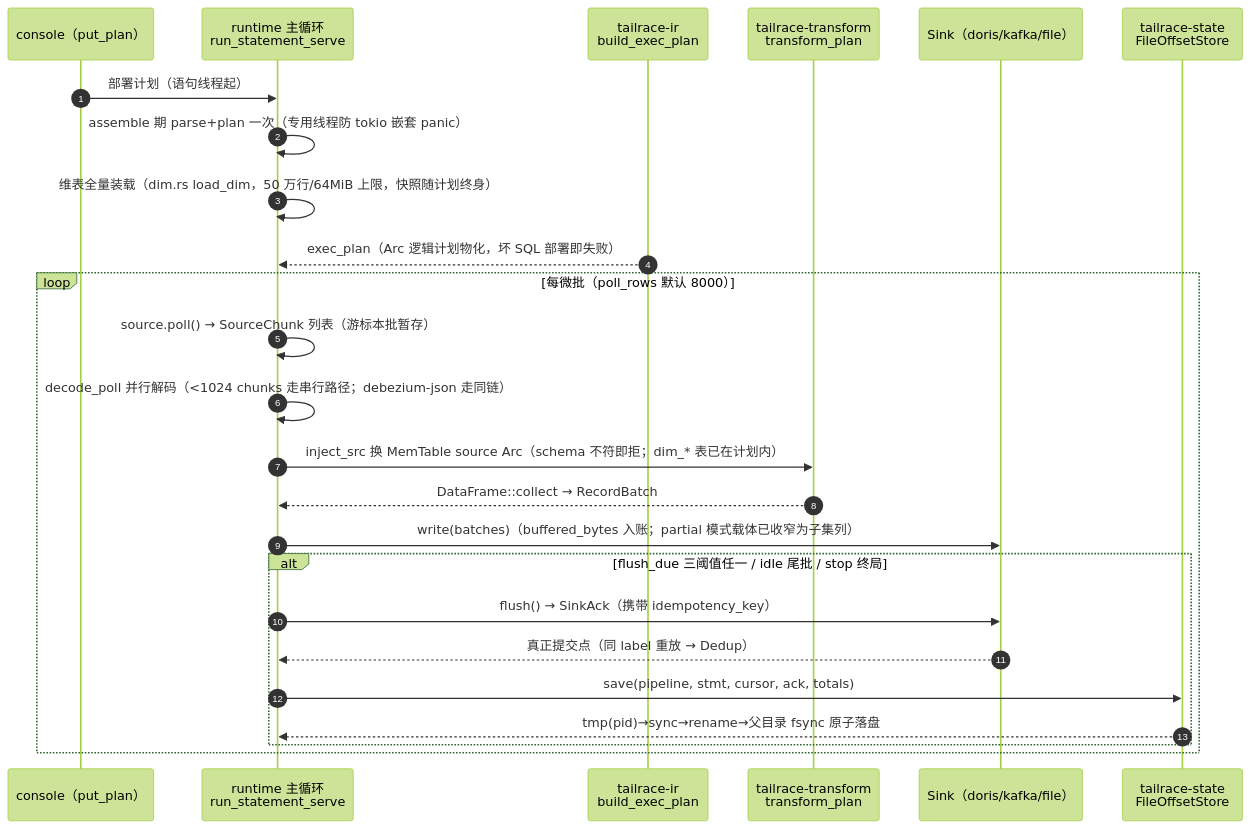
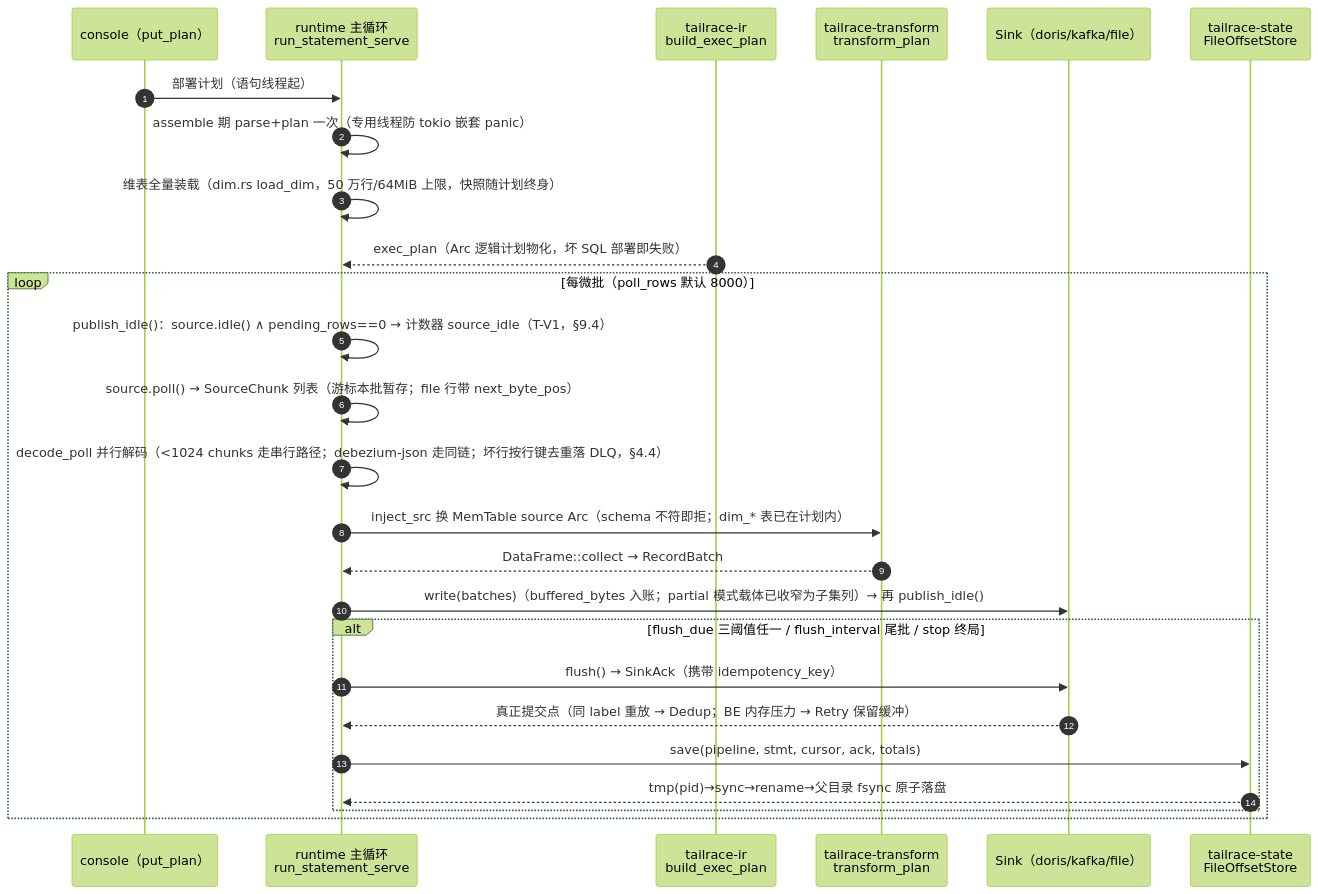
One commit to SeekerGalahad/tailrace changed the second of 7 diagrams in docs/design/architecture.zh.md. Above: the diagram before and after it, drawn with Mermaid (forest theme). The commit also changed other lines of this file and 12 other files, not shown here.

````diff
--- a/docs/design/architecture.zh.md
+++ b/docs/design/architecture.zh.md
@@ -140,27 +151,28 @@
 ```mermaid
 sequenceDiagram
   autonumber
   participant CP as console（put_plan）
   participant RT as runtime 主循环<br/>run_statement_serve
   participant IR as tailrace-ir<br/>build_exec_plan
   participant TF as tailrace-transform<br/>transform_plan
   participant SK as Sink（doris/kafka/file）
   participant ST as tailrace-state<br/>FileOffsetStore
   CP->>RT: 部署计划（语句线程起）
   RT->>RT: assemble 期 parse+plan 一次（专用线程防 tokio 嵌套 panic）
   RT->>RT: 维表全量装载（dim.rs load_dim，50 万行/64MiB 上限，快照随计划终身）
   IR-->>RT: exec_plan（Arc 逻辑计划物化，坏 SQL 部署即失败）
   loop 每微批（poll_rows 默认 8000）
-    RT->>RT: source.poll() → SourceChunk 列表（游标本批暂存）
-    RT->>RT: decode_poll 并行解码（<1024 chunks 走串行路径；debezium-json 走同链）
+    RT->>RT: publish_idle()：source.idle() ∧ pending_rows==0 → 计数器 source_idle（T-V1，§9.4）
+    RT->>RT: source.poll() → SourceChunk 列表（游标本批暂存；file 行带 next_byte_pos）
+    RT->>RT: decode_poll 并行解码（<1024 chunks 走串行路径；debezium-json 走同链；坏行按行键去重落 DLQ，§4.4）
     RT->>TF: inject_src 换 MemTable source Arc（schema 不符即拒；dim_* 表已在计划内）
     TF-->>RT: DataFrame::collect → RecordBatch
-    RT->>SK: write(batches)（buffered_bytes 入账；partial 模式载体已收窄为子集列）
-    alt flush_due 三阈值任一 / idle 尾批 / stop 终局
+    RT->>SK: write(batches)（buffered_bytes 入账；partial 模式载体已收窄为子集列）→ 再 publish_idle()
+    alt flush_due 三阈值任一 / flush_interval 尾批 / stop 终局
       RT->>SK: flush() → SinkAck（携带 idempotency_key）
-      SK-->>RT: 真正提交点（同 label 重放 → Dedup）
+      SK-->>RT: 真正提交点（同 label 重放 → Dedup；BE 内存压力 → Retry 保留缓冲）
       RT->>ST: save(pipeline, stmt, cursor, ack, totals)
       ST-->>RT: tmp(pid)→sync→rename→父目录 fsync 原子落盘
     end
   end
 ```
````
